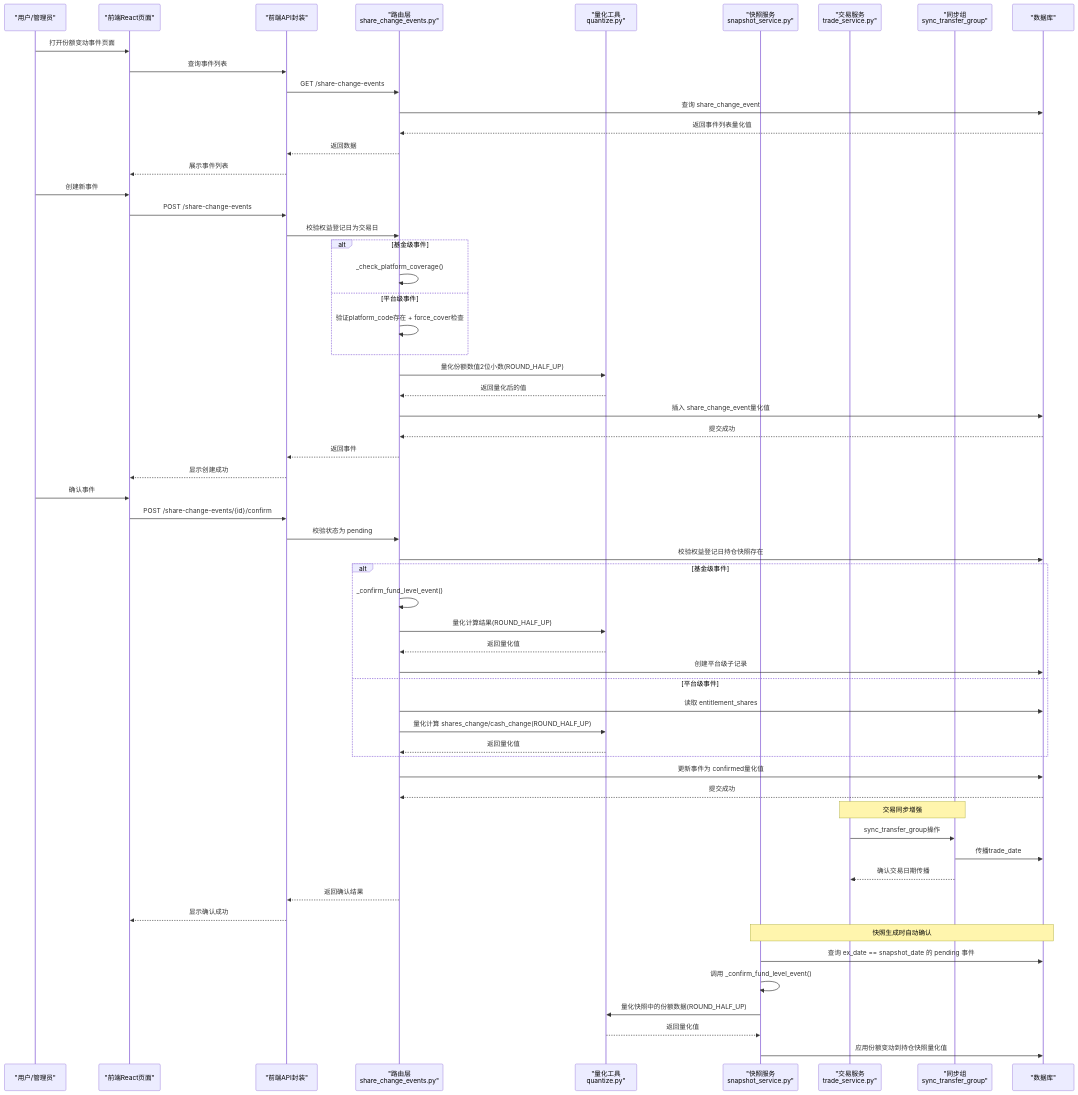
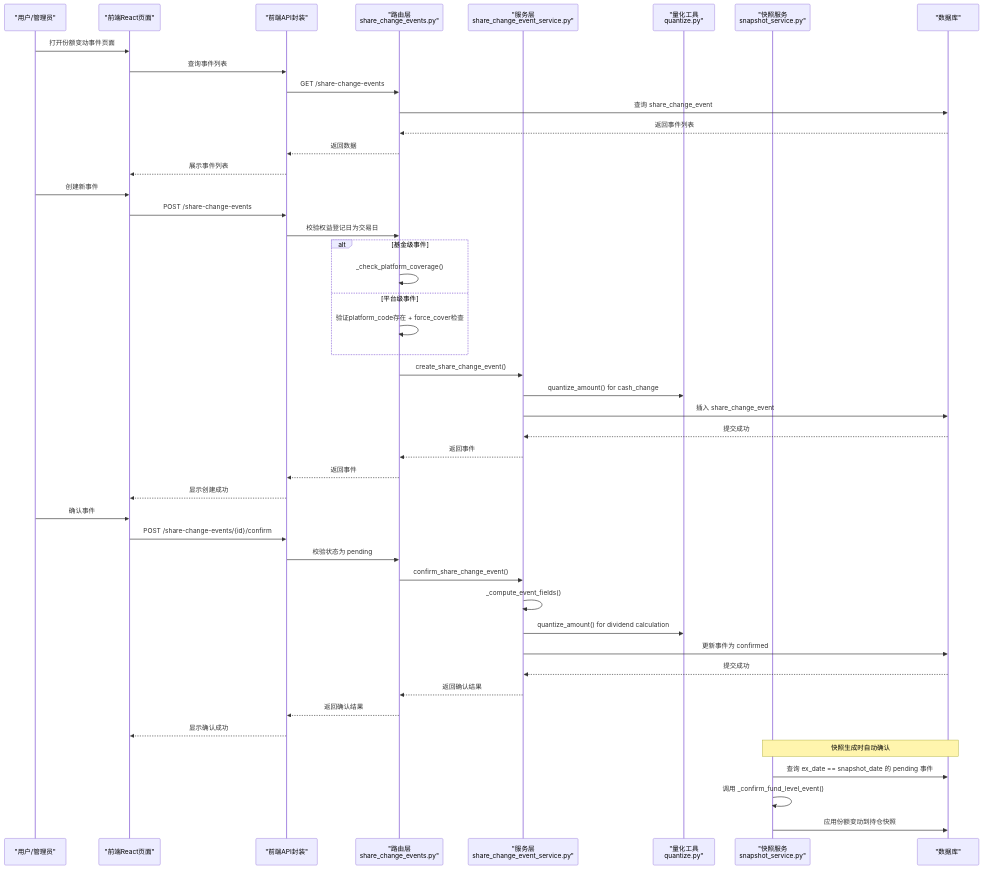
The second of 3 diagrams in .qoder/repowiki/zh/content/核心业务功能/份额变动事件.md (gujialind/InvestRing), drawn with Mermaid before and after one commit. The commit also changed other lines of this file and 65 other files, not shown here.

````diff
--- a/.qoder/repowiki/zh/content/核心业务功能/份额变动事件.md
+++ b/.qoder/repowiki/zh/content/核心业务功能/份额变动事件.md
@@ -96,61 +83,48 @@
 ```mermaid
 sequenceDiagram
 participant U as "用户/管理员"
 participant FE as "前端React页面"
 participant API as "前端API封装"
 participant R as "路由层<br/>share_change_events.py"
+participant S as "服务层<br/>share_change_event_service.py"
 participant Q as "量化工具<br/>quantize.py"
 participant SS as "快照服务<br/>snapshot_service.py"
-participant TS as "交易服务<br/>trade_service.py"
-participant STG as "同步组<br/>sync_transfer_group"
 participant DB as "数据库"
 U->>FE : 打开份额变动事件页面
 FE->>API : 查询事件列表
 API->>R : GET /share-change-events
 R->>DB : 查询 share_change_event
-DB-->>R : 返回事件列表量化值
+DB-->>R : 返回事件列表
 R-->>API : 返回数据
 API-->>FE : 展示事件列表
 U->>FE : 创建新事件
 FE->>API : POST /share-change-events
 API->>R : 校验权益登记日为交易日
 alt 基金级事件
 R->>R : _check_platform_coverage()
 else 平台级事件
 R->>R : 验证platform_code存在 + force_cover检查
 end
-R->>Q : 量化份额数值2位小数(ROUND_HALF_UP)
-Q-->>R : 返回量化后的值
-R->>DB : 插入 share_change_event量化值
-DB-->>R : 提交成功
+R->>S : create_share_change_event()
+S->>Q : quantize_amount() for cash_change
+S->>DB : 插入 share_change_event
+DB-->>S : 提交成功
+S-->>R : 返回事件
 R-->>API : 返回事件
 API-->>FE : 显示创建成功
 U->>FE : 确认事件
 FE->>API : POST /share-change-events/{id}/confirm
 API->>R : 校验状态为 pending
-R->>DB : 校验权益登记日持仓快照存在
-alt 基金级事件
-R->>R : _confirm_fund_level_event()
-R->>Q : 量化计算结果(ROUND_HALF_UP)
-Q-->>R : 返回量化值
-R->>DB : 创建平台级子记录
-else 平台级事件
-R->>DB : 读取 entitlement_shares
-R->>Q : 量化计算 shares_change/cash_change(ROUND_HALF_UP)
-Q-->>R : 返回量化值
-end
-R->>DB : 更新事件为 confirmed量化值
-DB-->>R : 提交成功
-Note over TS,STG : 交易同步增强
-TS->>STG : sync_transfer_group操作
-STG->>DB : 传播trade_date
-STG-->>TS : 确认交易日期传播
+R->>S : confirm_share_change_event()
+S->>S : _compute_event_fields()
+S->>Q : quantize_amount() for dividend calculation
+S->>DB : 更新事件为 confirmed
+DB-->>S : 提交成功
+S-->>R : 返回确认结果
 R-->>API : 返回确认结果
 API-->>FE : 显示确认成功
 Note over SS,DB : 快照生成时自动确认
 SS->>DB : 查询 ex_date == snapshot_date 的 pending 事件
 SS->>SS : 调用 _confirm_fund_level_event()
-SS->>Q : 量化快照中的份额数据(ROUND_HALF_UP)
-Q-->>SS : 返回量化值
-SS->>DB : 应用份额变动到持仓快照量化值
+SS->>DB : 应用份额变动到持仓快照
 ```
````
